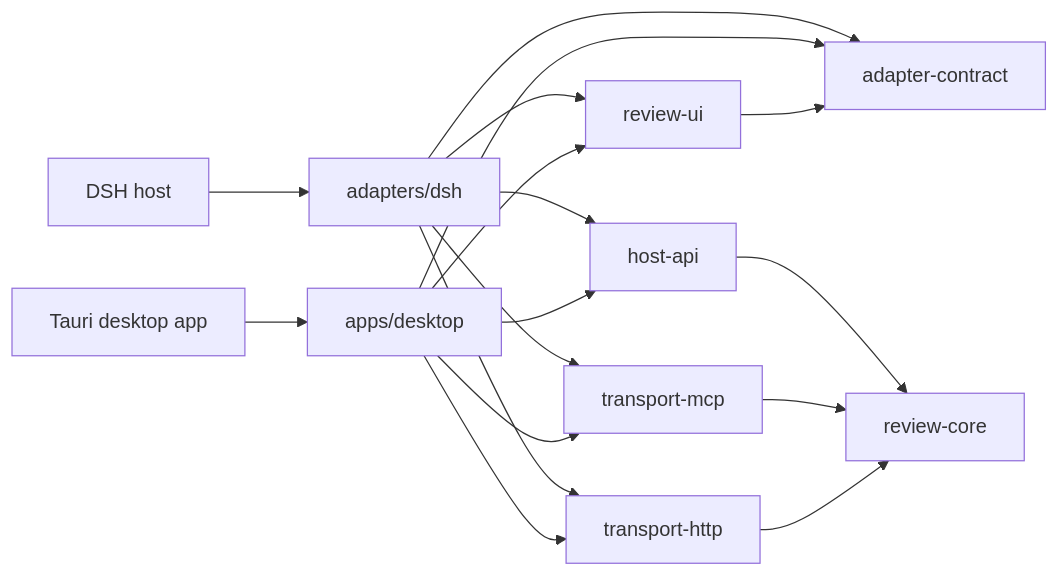
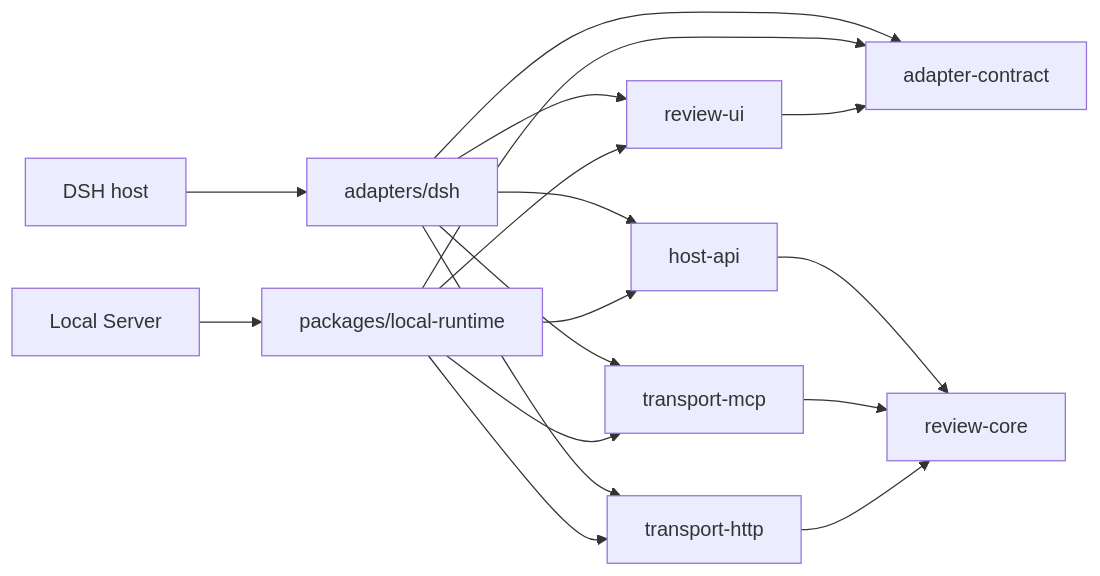
One commit to hanfang5057-byte/co-space changed the diagram in docs/09-host-adapters-architecture.md. Above: the diagram before and after it, drawn with Mermaid. The commit also changed other lines of this file and 58 other files, not shown here.

````diff
--- a/docs/09-host-adapters-architecture.md
+++ b/docs/09-host-adapters-architecture.md
@@ -7,19 +7,19 @@
 ```mermaid
 flowchart LR
   HOST[DSH host] --> DSH[adapters/dsh]
-  DESKTOP[Tauri desktop app] --> DESKTOPAPP[apps/desktop]
+  LOCAL[Local Server] --> RUNTIME[packages/local-runtime]
   DSH --> CONTRACT[adapter-contract]
-  DESKTOPAPP --> CONTRACT
+  RUNTIME --> CONTRACT
   DSH --> HOSTAPI[host-api]
-  DESKTOPAPP --> HOSTAPI
+  RUNTIME --> HOSTAPI
   HOSTAPI --> CORE[review-core]
   DSH --> UI[review-ui]
-  DESKTOPAPP --> UI
+  RUNTIME --> UI
   DSH --> MCP[transport-mcp]
-  DESKTOPAPP --> MCP
+  RUNTIME --> MCP
   DSH --> HTTP[transport-http]
-  DESKTOPAPP --> HTTP
+  RUNTIME --> HTTP
   UI --> CONTRACT
   MCP --> CORE
   HTTP --> CORE
 ```
````
